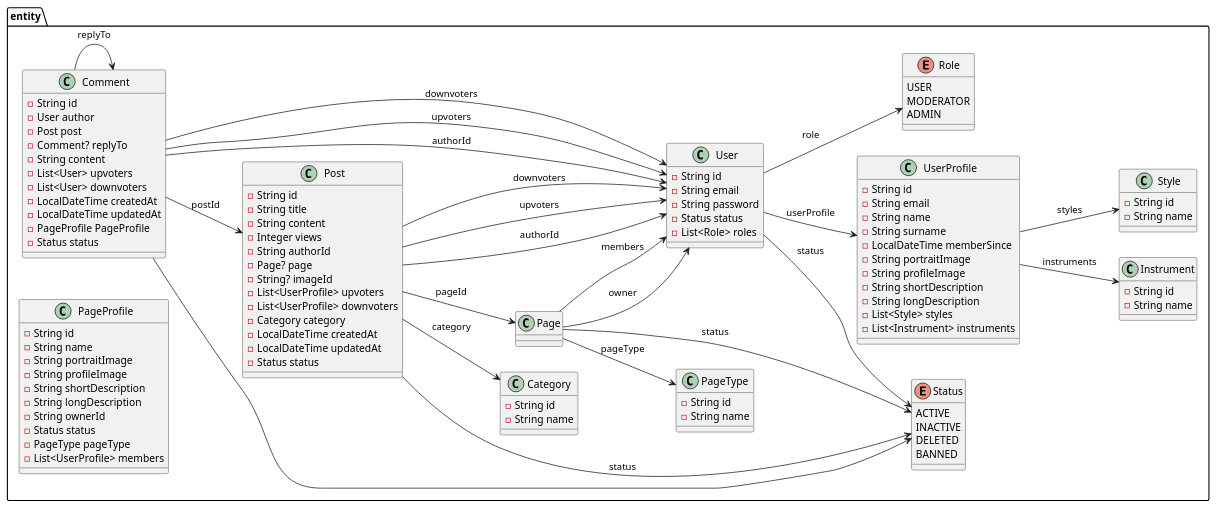
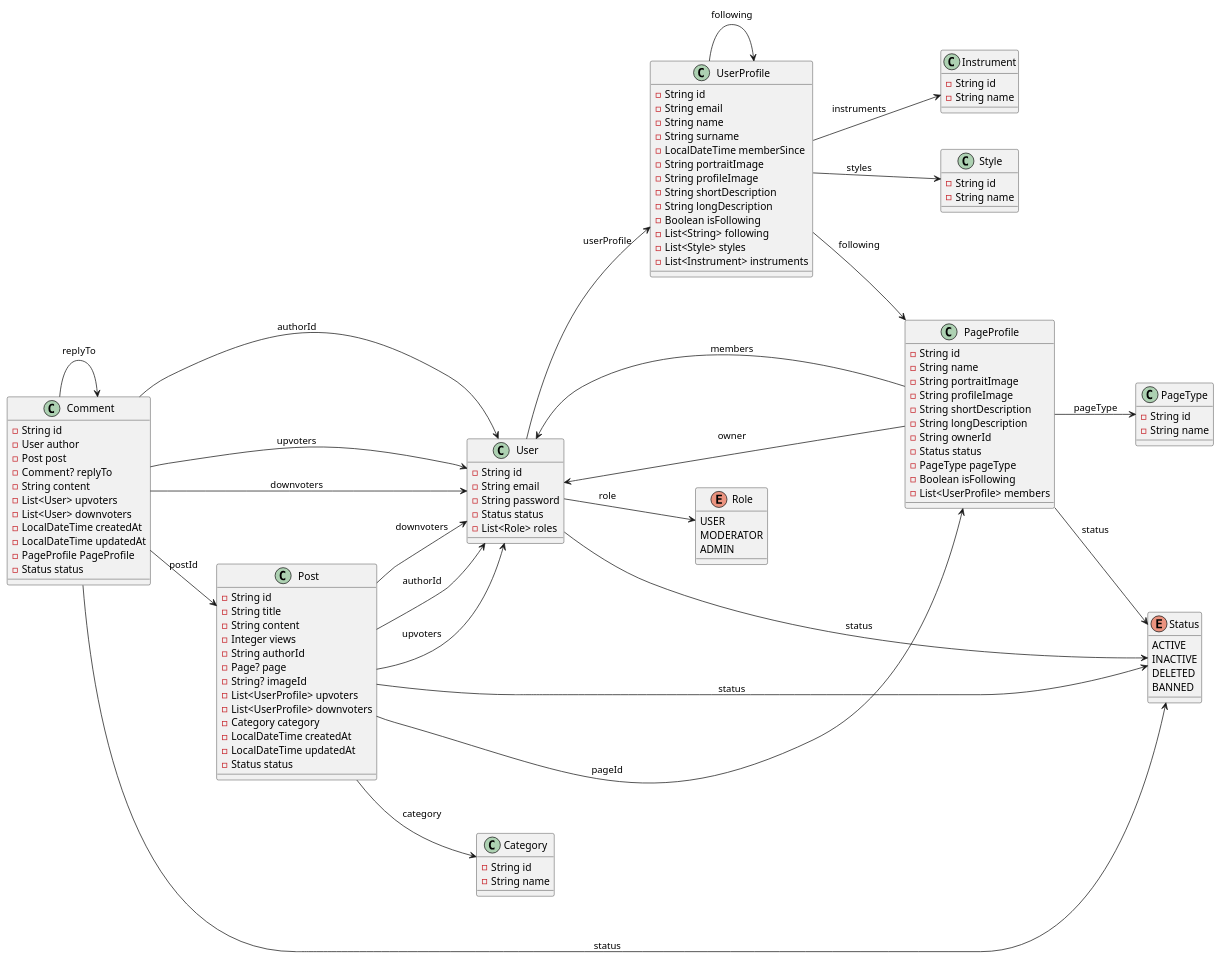
One commit to 2piradrian/seminario-docs changed the diagram in domain-class-seminario.puml. Above: the diagram before and after it, drawn with PlantUML.

Commit message:
add: entity-model sprint 3
add: entity-model sprint 3

```diff
--- a/domain-class-seminario.puml
+++ b/domain-class-seminario.puml
@@ -1,127 +1,131 @@
 @startuml entity-model
 left to right direction
-
-package entity {
+skinparam nodesep 50
+skinparam ranksep 50
 
     enum Role {
         USER
         MODERATOR
         ADMIN
     }
 
     enum Status {
         ACTIVE
         INACTIVE
         DELETED
         BANNED
     }
 
     class Category {
         - String id
         - String name
     }
 
     class PageType {
         - String id
         - String name
     }
 
     class Instrument {
         - String id
         - String name
     }
 
     class Style {
         - String id
         - String name
     }
 
     class Comment {
         - String id
         - User author
         - Post post
         - Comment? replyTo
         - String content
         - List<User> upvoters
         - List<User> downvoters
         - LocalDateTime createdAt
         - LocalDateTime updatedAt
         - PageProfile PageProfile
         - Status status
     }
 
     class Post {
         - String id
         - String title
         - String content
         - Integer views
         - String authorId
         - Page? page
         - String? imageId
         - List<UserProfile> upvoters
         - List<UserProfile> downvoters
         - Category category
         - LocalDateTime createdAt
         - LocalDateTime updatedAt
         - Status status
     }
 
     class User {
         - String id
         - String email
         - String password
         - Status status
         - List<Role> roles
     }
 
     class UserProfile {
         - String id
         - String email
         - String name
         - String surname
         - LocalDateTime memberSince
         - String portraitImage
         - String profileImage
         - String shortDescription
         - String longDescription
+        - Boolean isFollowing
+        - List<String> following
         - List<Style> styles
         - List<Instrument> instruments
     }
 
     class PageProfile {
         - String id
         - String name
         - String portraitImage
         - String profileImage
         - String shortDescription
         - String longDescription
         - String ownerId
         - Status status
         - PageType pageType
+        - Boolean isFollowing
         - List<UserProfile> members
     }
 
     Comment --> Post : postId
     Comment --> Comment : replyTo
-    Comment --> Status
+    Comment --> Status : status
     Comment --> User : authorId
     Comment --> User : upvoters
     Comment --> User : downvoters
     Post --> Category : category
     Post --> Status : status
     Post --> User : authorId
-    Post --> Page : pageId
+    Post --> PageProfile : pageId
     Post --> User : upvoters
     Post --> User : downvoters
     User --> Role : role
     User --> Status : status
     User --> UserProfile : userProfile
     UserProfile --> Style :  styles
     UserProfile --> Instrument :  instruments
-    Page --> User : members
-    Page --> User : owner
-    Page --> PageType : pageType
-    Page --> Status : status
+    PageProfile --> User : members
+    PageProfile --> User : owner
+    PageProfile --> PageType : pageType
+    PageProfile --> Status : status
+    UserProfile --> PageProfile : following
+    UserProfile --> UserProfile : following
 
-}
 @enduml
```
